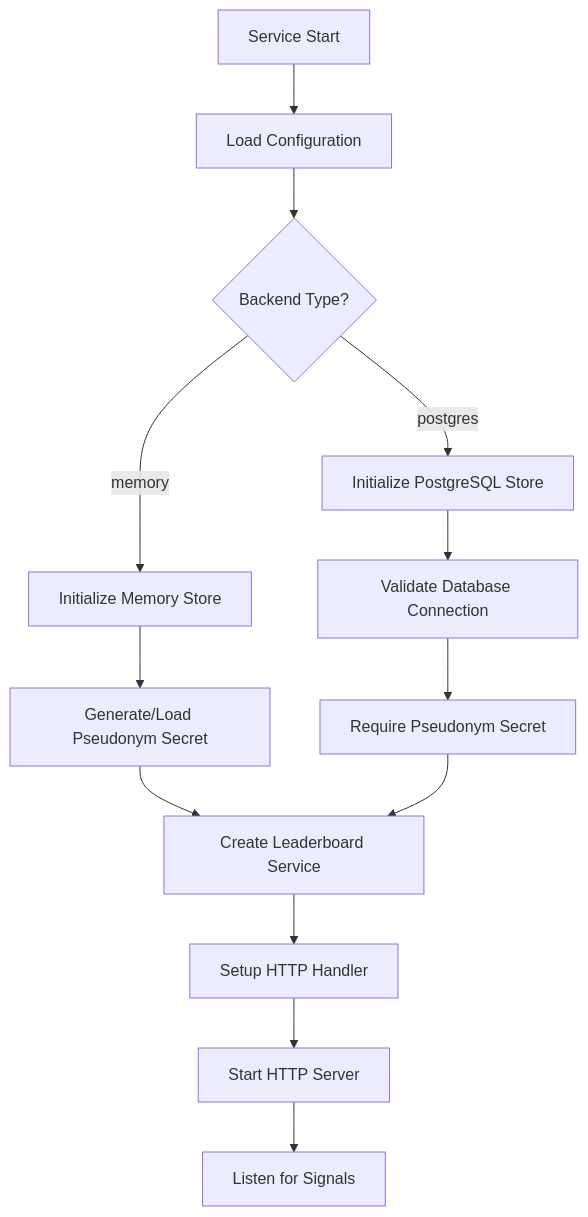
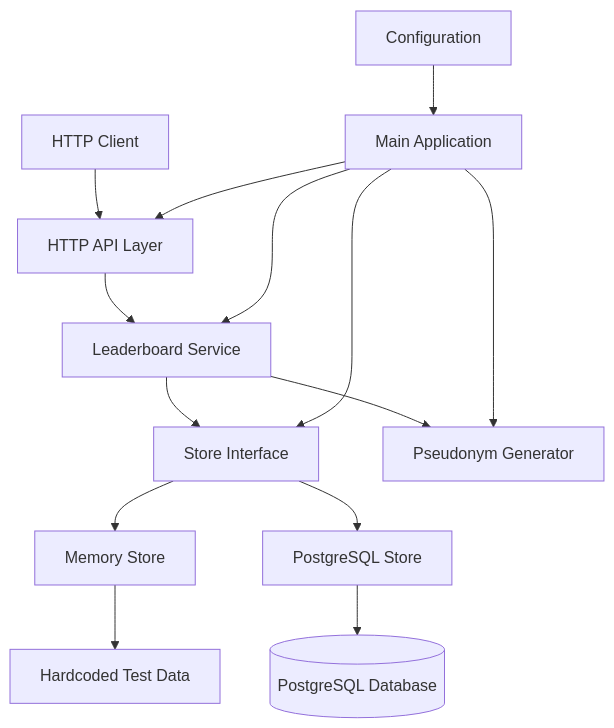
Before and after one commit to researchoors/knowledge-maintenance: the diagram in artifacts/d-inference/service_analyses/analytics.md, drawn with Mermaid. The commit also changed other lines of this file and 23 other files, not shown here.

````diff
--- a/artifacts/d-inference/service_analyses/analytics.md
+++ b/artifacts/d-inference/service_analyses/analytics.md
@@ -138,18 +40,19 @@
 ```mermaid
-flowchart TD
-    A[Service Start] --> B[Load Configuration]
-    B --> C{Backend Type?}
+graph TB
+    Client[HTTP Client] --> API[HTTP API Layer]
+    API --> Service[Leaderboard Service]
+    Service --> Store[Store Interface]
+    Service --> Aliaser[Pseudonym Generator]
     
-    C -->|memory| D[Initialize Memory Store]
-    C -->|postgres| E[Initialize PostgreSQL Store]
+    Store --> Memory[Memory Store]
+    Store --> Postgres[PostgreSQL Store]
     
-    D --> F[Generate/Load Pseudonym Secret]
-    E --> G[Validate Database Connection]
-    G --> H[Require Pseudonym Secret]
+    Memory --> TestData[Hardcoded Test Data]
+    Postgres --> DB[(PostgreSQL Database)]
     
-    F --> I[Create Leaderboard Service]
-    H --> I
-    I --> J[Setup HTTP Handler]
-    J --> K[Start HTTP Server]
-    K --> L[Listen for Signals]
+    Config[Configuration] --> Main[Main Application]
+    Main --> API
+    Main --> Service
+    Main --> Store
+    Main --> Aliaser
 ```
````
